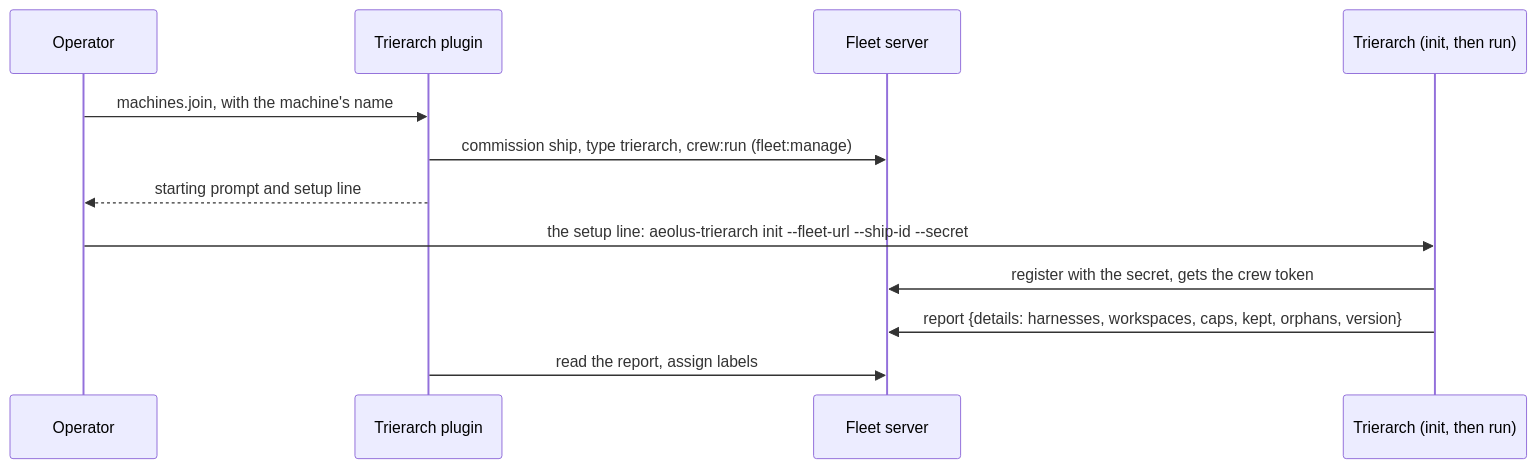
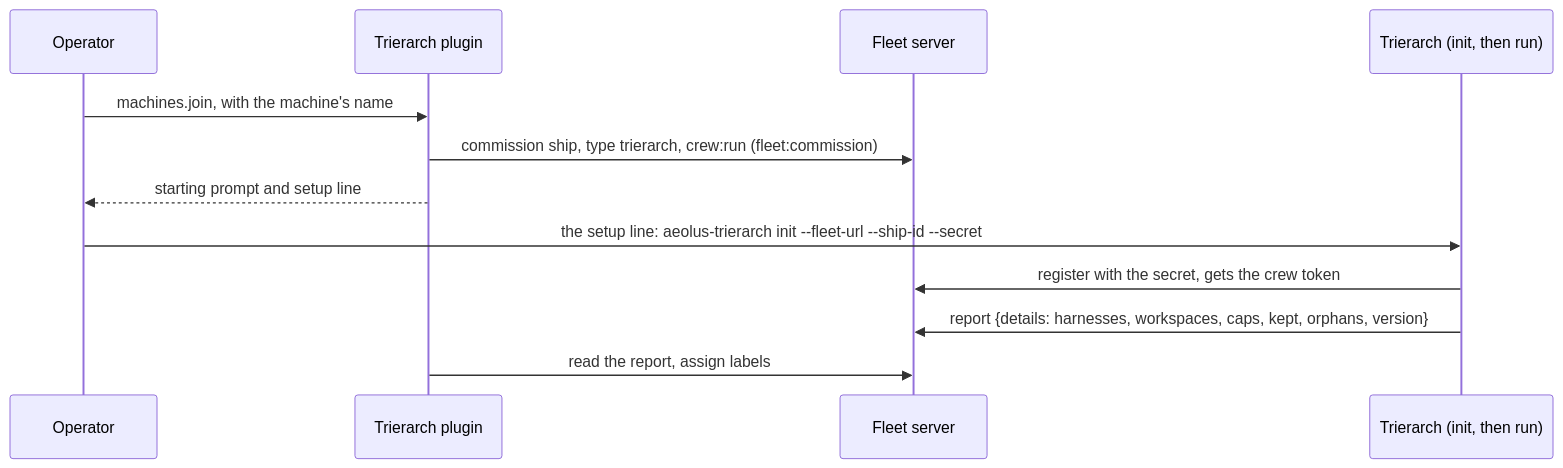
The second of 6 diagrams in docs/architecture.md (ThomasHendrickx/aeolus-fleet), drawn with Mermaid before and after one commit. The commit also changed other lines of this file and 2 other files, not shown here.

First line of the commit message:
docs: the scope catalogue, commission, resend and manage reach in the architecture

````diff
--- a/docs/architecture.md
+++ b/docs/architecture.md
@@ -264,14 +264,14 @@
 ```mermaid
 sequenceDiagram
   participant O as Operator
   participant P as Trierarch plugin
   participant F as Fleet server
   participant T as Trierarch (init, then run)
   O->>P: machines.join, with the machine's name
-  P->>F: commission ship, type trierarch, crew:run (fleet:manage)
+  P->>F: commission ship, type trierarch, crew:run (fleet:commission)
   P-->>O: starting prompt and setup line
   O->>T: the setup line: aeolus-trierarch init --fleet-url --ship-id --secret
   T->>F: register with the secret, gets the crew token
   T->>F: report {details: harnesses, workspaces, caps, kept, orphans, version}
   P->>F: read the report, assign labels
 ```
````
